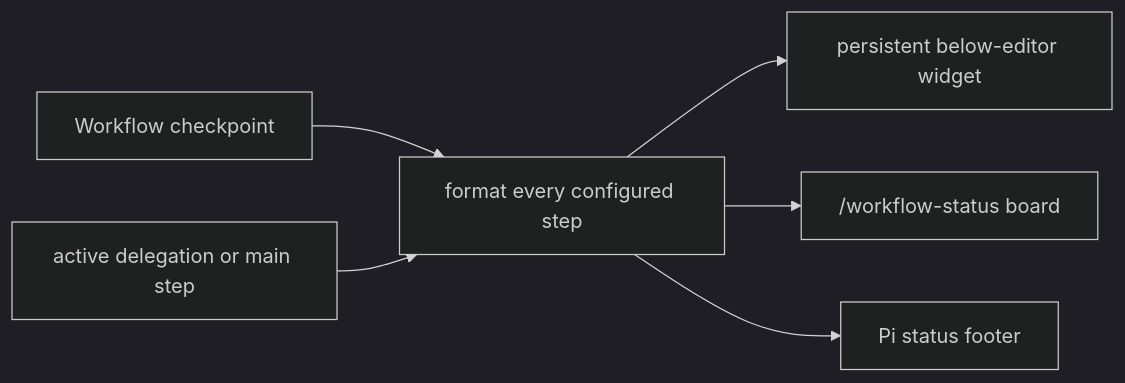
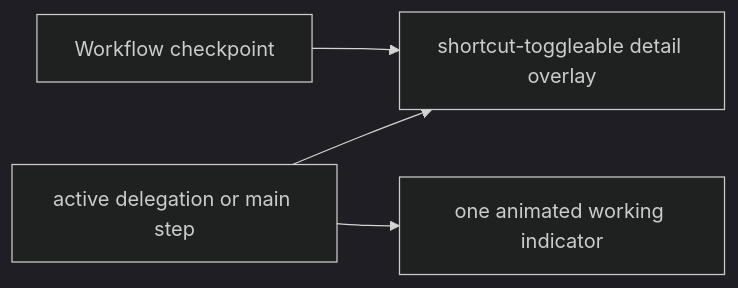
One commit to wichayutdew/pi-workflows changed the fifth of 8 diagrams in openwiki/architecture/runtime-lifecycle.md. Above: the diagram before and after it, drawn with Mermaid (dark theme). The commit also changed other lines of this file and 32 other files, not shown here.

````diff
--- a/openwiki/architecture/runtime-lifecycle.md
+++ b/openwiki/architecture/runtime-lifecycle.md
@@ -104,8 +104,6 @@
 ```mermaid
 flowchart LR
-  Run[Workflow checkpoint] --> Format[format every configured step]
-  Active[active delegation or main step] --> Format
-  Format --> Widget[persistent below-editor widget]
-  Format --> Board["/workflow-status board"]
-  Format --> Footer[Pi status footer]
+  Run[Workflow checkpoint] --> Board[shortcut-toggleable detail overlay]
+  Active[active delegation or main step] --> Board
+  Active --> Footer[one animated working indicator]
 ```
````
